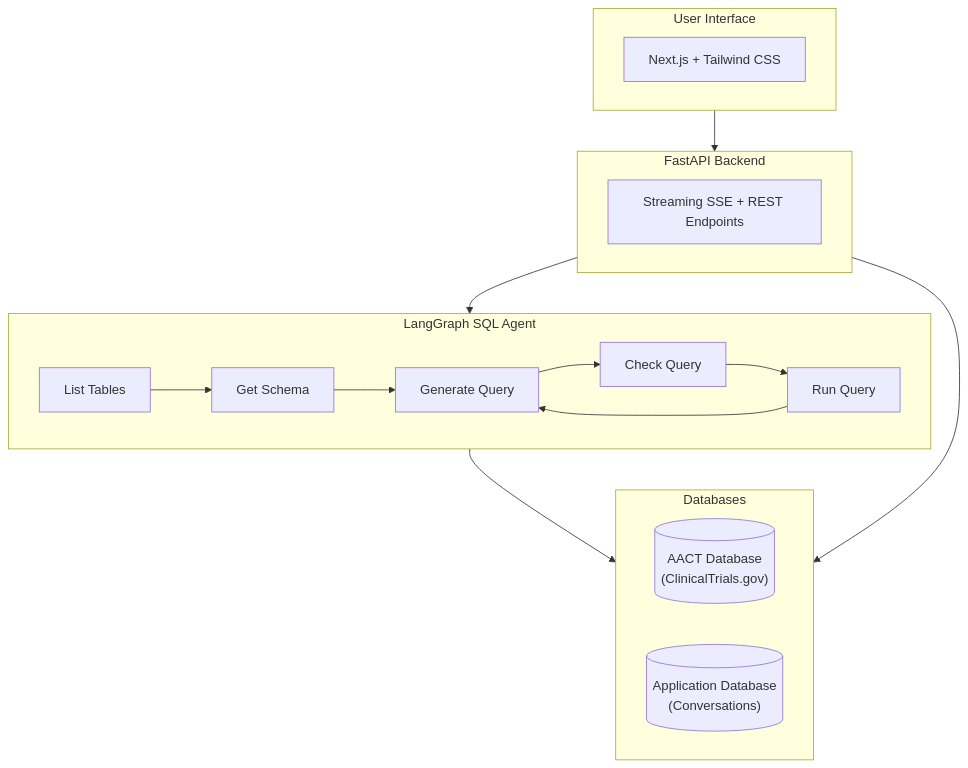
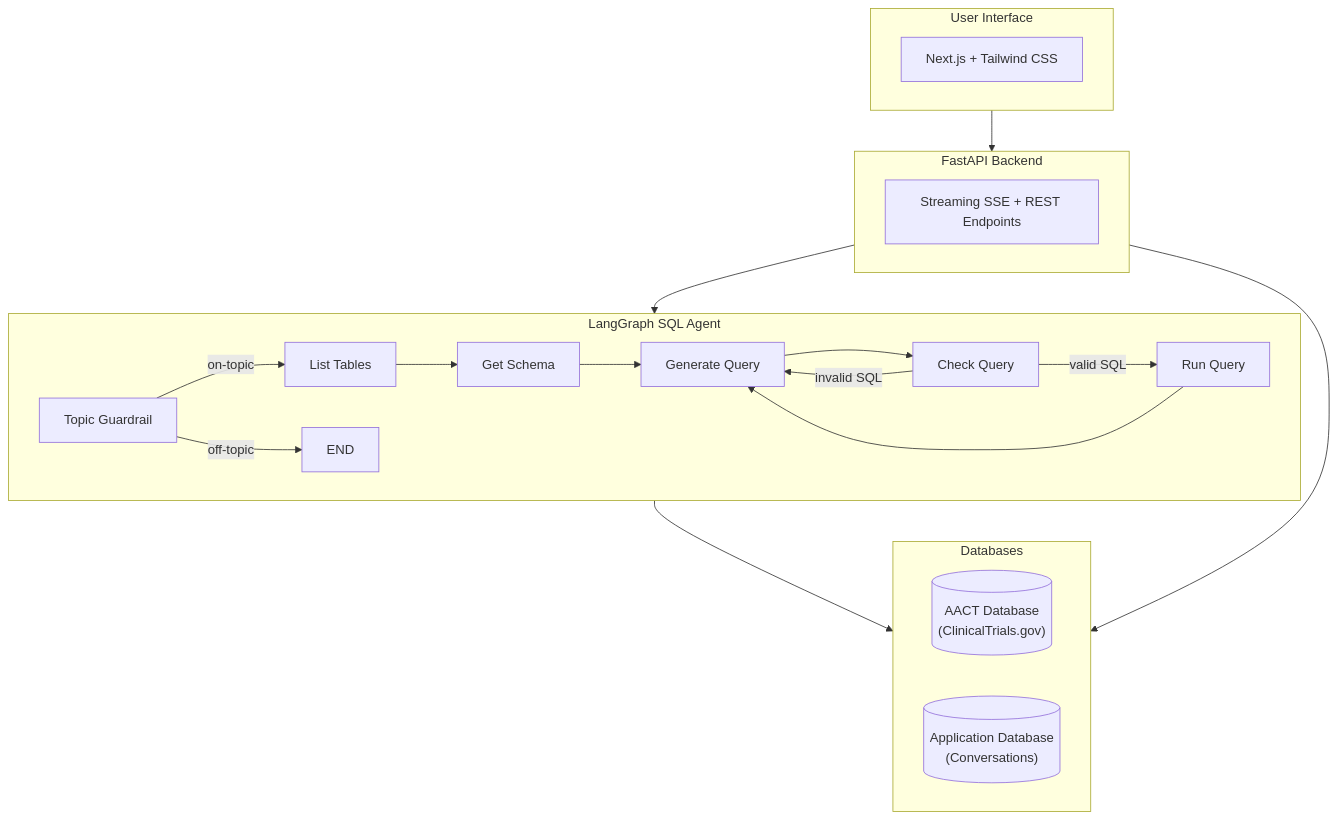
The first of 2 diagrams in README.md (bharatr21/clinical-trials-agent), drawn with Mermaid before and after one commit. The commit also changed other lines of this file and 13 other files, not shown here.

First line of the commit message:
feat: Add agentic guardrails for topic enforcement, prompt injection, and SQL safety (#7)

````diff
--- a/README.md
+++ b/README.md
@@ -43,36 +45,40 @@
 ```mermaid
 flowchart TB
     subgraph UI["User Interface"]
         NextJS["Next.js + Tailwind CSS"]
     end
 
     subgraph Backend["FastAPI Backend"]
         API["Streaming SSE + REST Endpoints"]
     end
 
     subgraph Agent["LangGraph SQL Agent"]
         direction LR
+        Guardrail["Topic Guardrail"]
         ListTables["List Tables"]
         GetSchema["Get Schema"]
         GenerateQuery["Generate Query"]
         CheckQuery["Check Query"]
         RunQuery["Run Query"]
 
+        Guardrail -->|on-topic| ListTables
+        Guardrail -->|off-topic| End["END"]
         ListTables --> GetSchema
         GetSchema --> GenerateQuery
         GenerateQuery --> CheckQuery
-        CheckQuery --> RunQuery
+        CheckQuery -->|valid SQL| RunQuery
+        CheckQuery -->|invalid SQL| GenerateQuery
         RunQuery --> GenerateQuery
     end
 
     subgraph Databases["Databases"]
         direction LR
         AACT[("AACT Database<br/>(ClinicalTrials.gov)")]
         AppDB[("Application Database<br/>(Conversations)")]
     end
 
     UI --> Backend
     Backend --> Agent
     Agent --> AACT
     Backend --> AppDB
 ```
````
